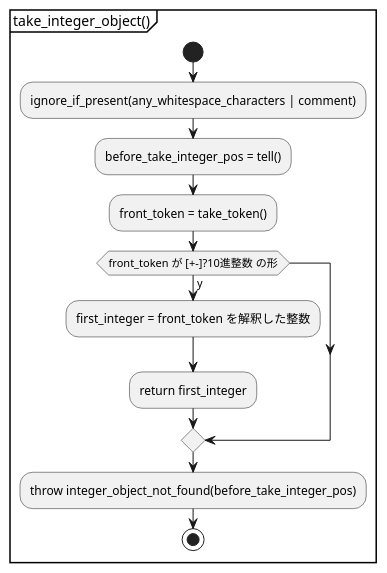
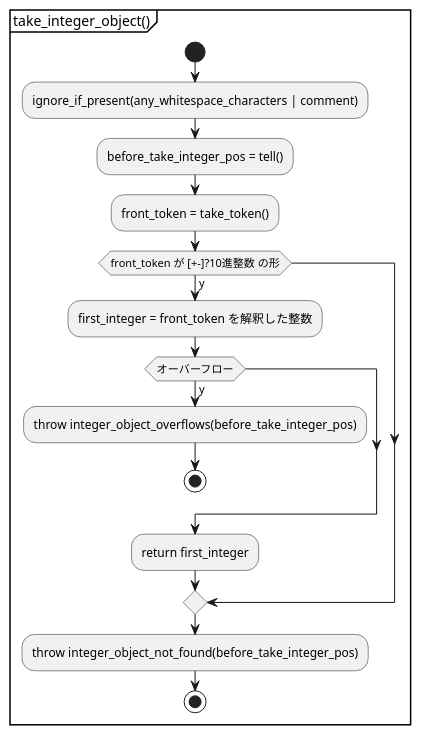
One commit to KodaiYM/PDFReader changed the third of 15 diagrams in document/document_reader/ipdfstream/object_stream/object_stream.activity.pu. Above: the diagram before and after it, drawn with PlantUML. The commit also changed other lines of this file and 74 other files, not shown here.

```diff
--- a/document/document_reader/ipdfstream/object_stream/object_stream.activity.pu
+++ b/document/document_reader/ipdfstream/object_stream/object_stream.activity.pu
@@ -105,16 +105,20 @@
 @startuml take_integer_object
 partition "take_integer_object()" {
 start
 	:ignore_if_present(any_whitespace_characters | comment);
 	:before_take_integer_pos = tell();
 	:front_token = take_token();
 
 	if (front_token が [+-]?10進整数 の形) then (y)
 		:first_integer = front_token を解釈した整数;
+		if (オーバーフロー) then (y)
+			:throw integer_object_overflows(before_take_integer_pos);
+			stop
+		endif
 		:return first_integer;
 	endif
 
 	:throw integer_object_not_found(before_take_integer_pos);
 stop
 }
 @enduml
```
